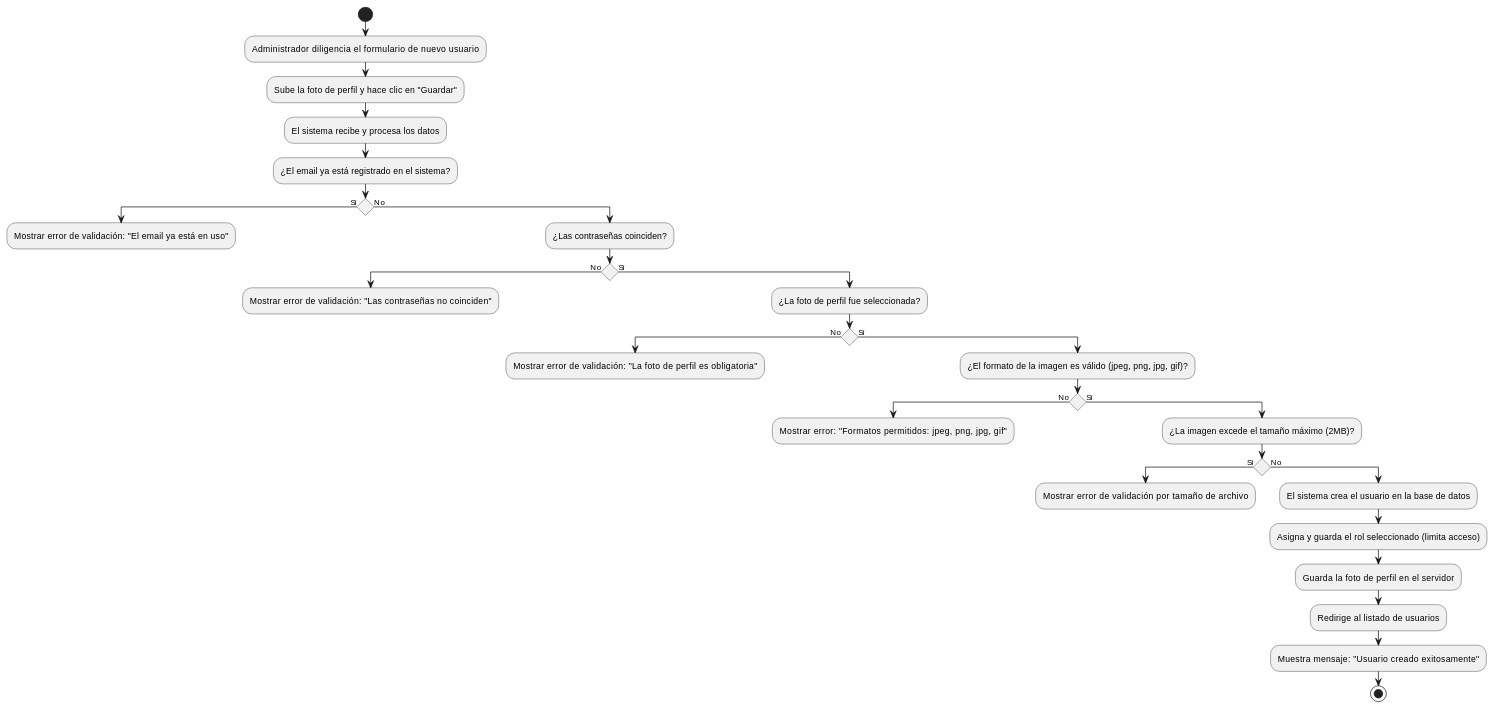
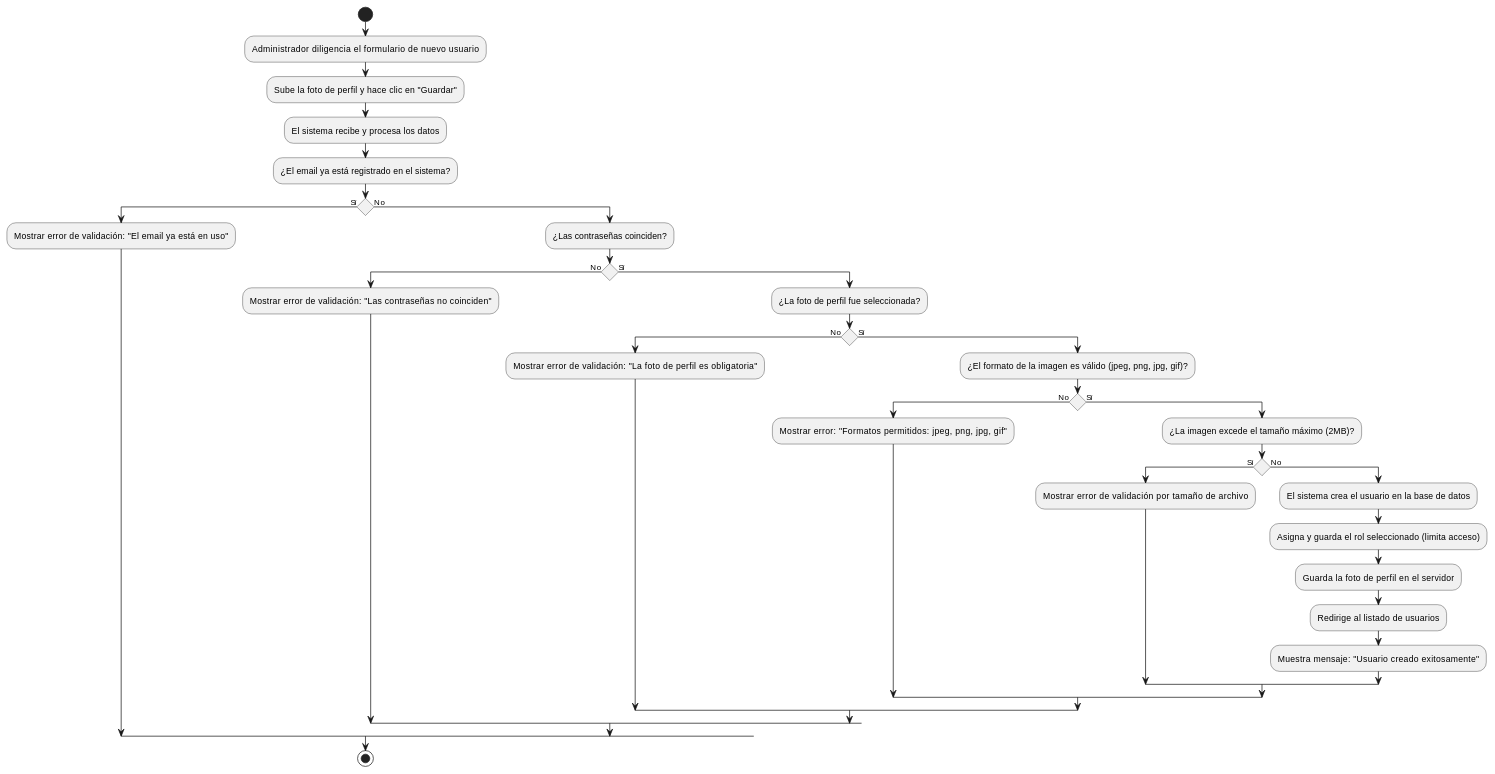
The diagram in document/diagrama_actividades/ADM/ADM-9.md (MasterErrorCLONE04/SIGERD.1.0), drawn with PlantUML before and after one commit. The commit also changed 28 other files, not shown here.

````diff
--- a/document/diagrama_actividades/ADM/ADM-9.md
+++ b/document/diagrama_actividades/ADM/ADM-9.md
@@ -21,50 +21,45 @@
 ```plantuml
 @startuml
 skinparam ConditionEndStyle hline
 
 start
 
 :Administrador diligencia el formulario de nuevo usuario;
 :Sube la foto de perfil y hace clic en "Guardar";
 
 :El sistema recibe y procesa los datos;
 
 :¿El email ya está registrado en el sistema?;
 if () then (Sí)
   :Mostrar error de validación: "El email ya está en uso";
-  kill
 else (No)
   :¿Las contraseñas coinciden?;
   if () then (No)
     :Mostrar error de validación: "Las contraseñas no coinciden";
-    kill
   else (Sí)
     :¿La foto de perfil fue seleccionada?;
     if () then (No)
       :Mostrar error de validación: "La foto de perfil es obligatoria";
-      kill
     else (Sí)
       :¿El formato de la imagen es válido (jpeg, png, jpg, gif)?;
       if () then (No)
         :Mostrar error: "Formatos permitidos: jpeg, png, jpg, gif";
-        kill
       else (Sí)
         :¿La imagen excede el tamaño máximo (2MB)?;
         if () then (Sí)
           :Mostrar error de validación por tamaño de archivo;
-          kill
         else (No)
           :El sistema crea el usuario en la base de datos;
           :Asigna y guarda el rol seleccionado (limita acceso);
           :Guarda la foto de perfil en el servidor;
           :Redirige al listado de usuarios;
           :Muestra mensaje: "Usuario creado exitosamente";
-          stop
         endif
       endif
     endif
   endif
 endif
 
+stop
 @enduml
 ```
````
